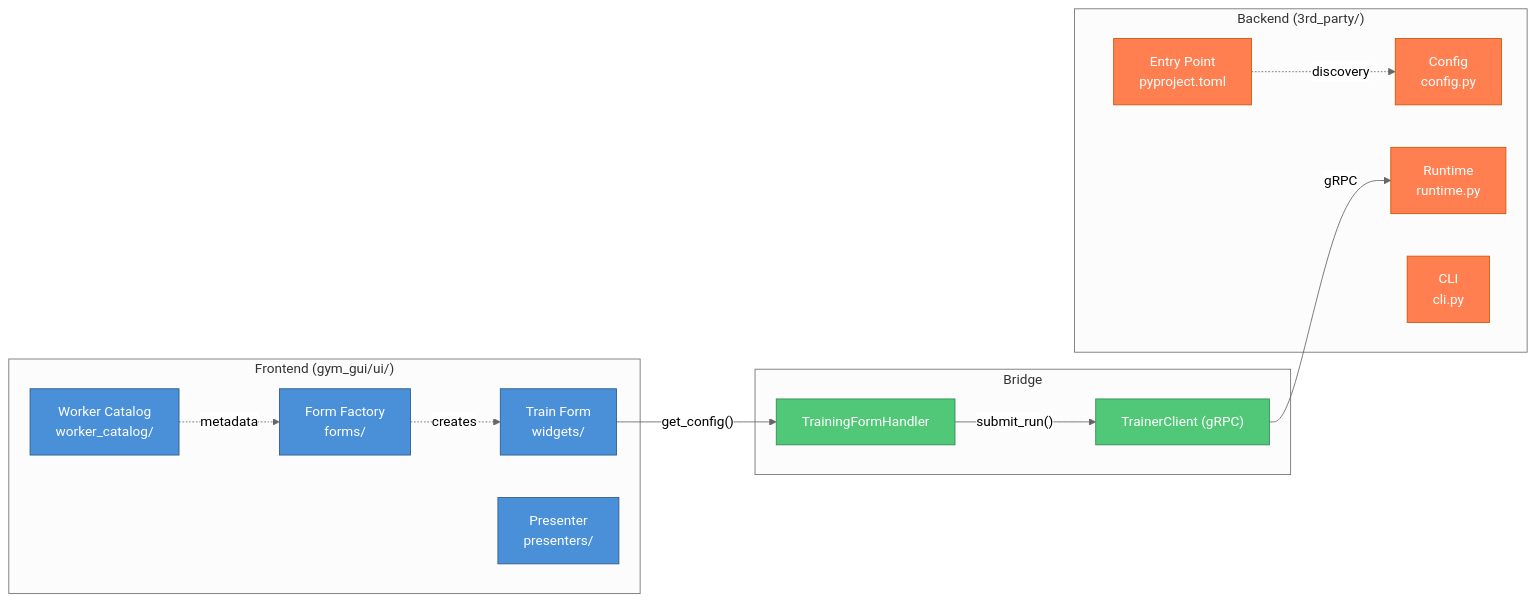
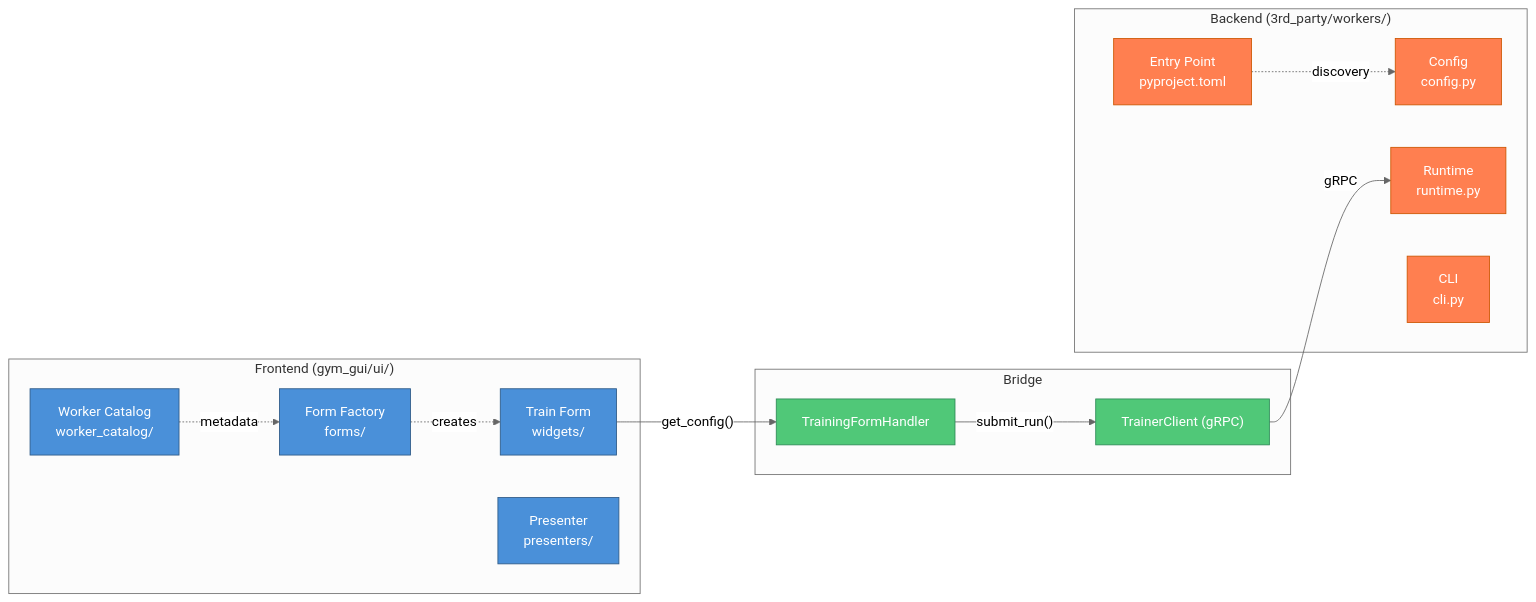
The diagram in docs/source/documents/architecture/workers/development/index.rst (Abdulhamid97Mousa/mosaic), drawn with Mermaid (neutral theme) before and after one commit. The commit also changed other lines of this file and 83 other files, not shown here.

Commit message:
fix: refactor 3rd party projects into environments/ workers/ tools/

```diff
--- a/docs/source/documents/architecture/workers/development/index.rst
+++ b/docs/source/documents/architecture/workers/development/index.rst
@@ -7,39 +7,39 @@
 .. mermaid::
 
    graph LR
-       subgraph "Backend (3rd_party/)"
+       subgraph "Backend (3rd_party/workers/)"
            CFG["Config<br/>config.py"]
            RT["Runtime<br/>runtime.py"]
            CLI["CLI<br/>cli.py"]
            EP["Entry Point<br/>pyproject.toml"]
        end
 
        subgraph "Frontend (gym_gui/ui/)"
            FORM["Train Form<br/>widgets/"]
            FAC["Form Factory<br/>forms/"]
            CAT["Worker Catalog<br/>worker_catalog/"]
            PRES["Presenter<br/>presenters/"]
        end
 
        subgraph "Bridge"
            HANDLER["TrainingFormHandler"]
            CLIENT["TrainerClient (gRPC)"]
        end
 
        FORM -->|"get_config()"| HANDLER
        HANDLER -->|"submit_run()"| CLIENT
        CLIENT -->|"gRPC"| RT
        EP -.->|"discovery"| CFG
        FAC -.->|"creates"| FORM
        CAT -.->|"metadata"| FAC
 
        style CFG fill:#ff7f50,stroke:#cc5500,color:#fff
        style RT fill:#ff7f50,stroke:#cc5500,color:#fff
        style CLI fill:#ff7f50,stroke:#cc5500,color:#fff
        style EP fill:#ff7f50,stroke:#cc5500,color:#fff
        style FORM fill:#4a90d9,stroke:#2e5a87,color:#fff
        style FAC fill:#4a90d9,stroke:#2e5a87,color:#fff
        style CAT fill:#4a90d9,stroke:#2e5a87,color:#fff
        style PRES fill:#4a90d9,stroke:#2e5a87,color:#fff
        style HANDLER fill:#50c878,stroke:#2e8b57,color:#fff
        style CLIENT fill:#50c878,stroke:#2e8b57,color:#fff
```
